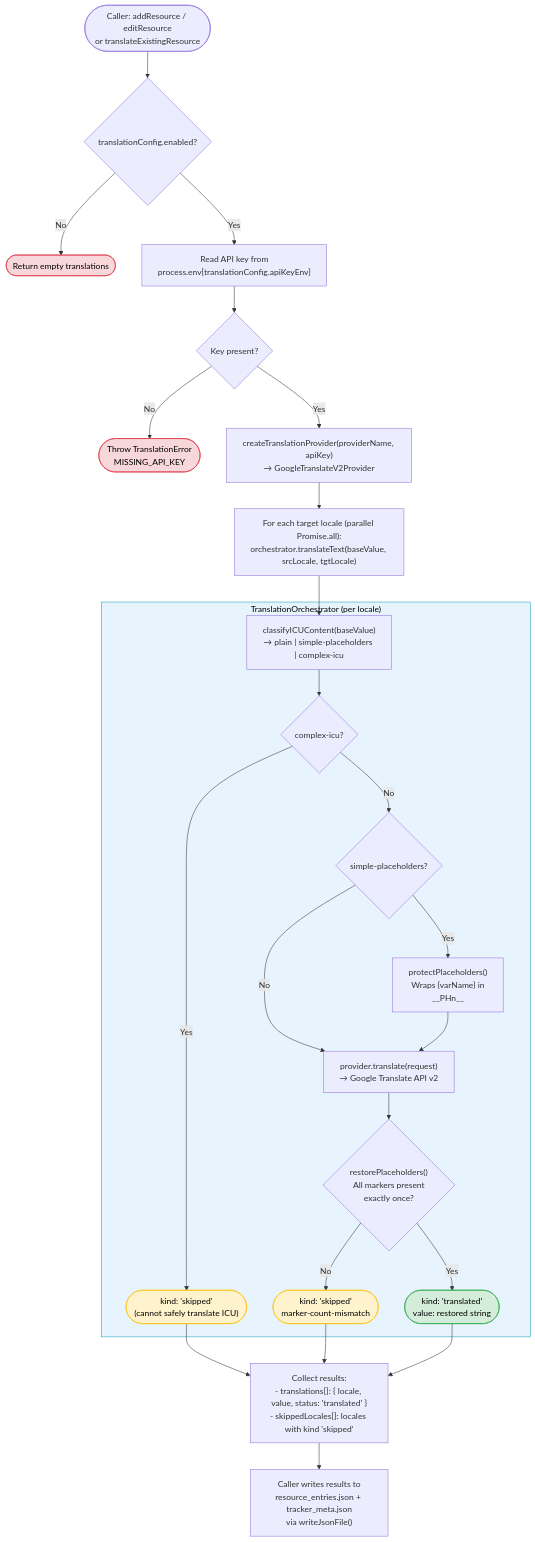
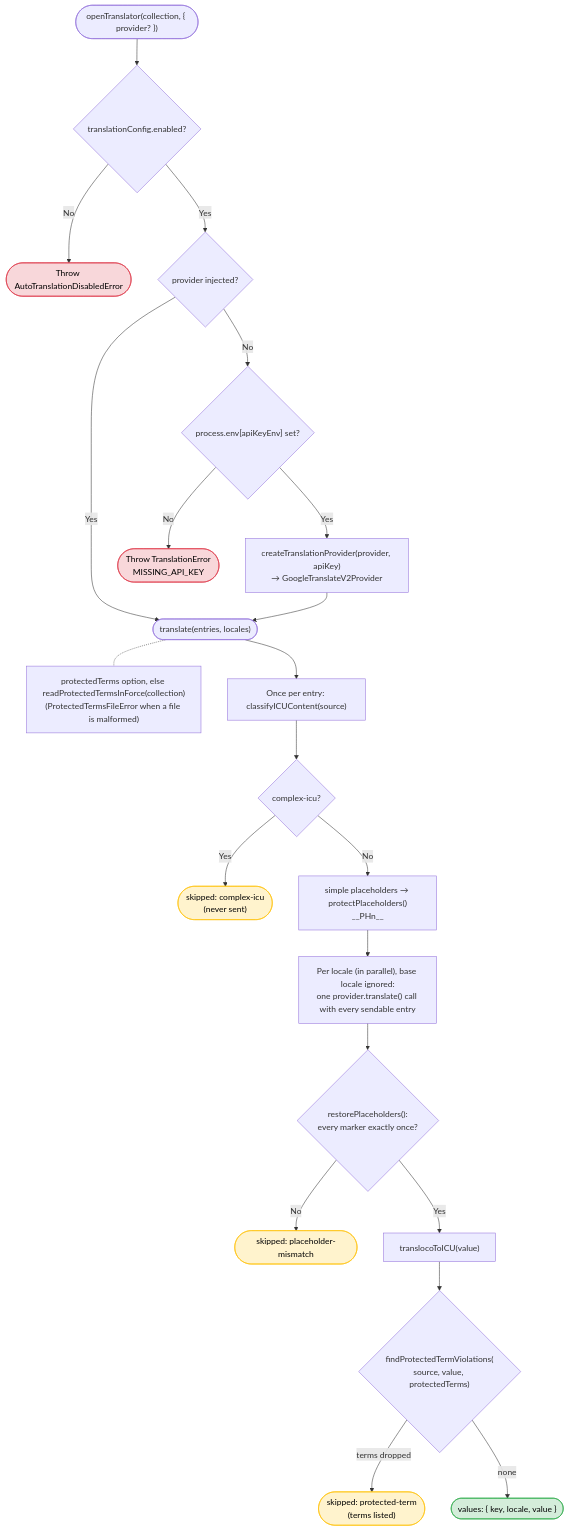
One commit to SimonNodel-AI/lingo-tracker changed the second of 2 diagrams in architecture-docs/core-library.md. Above: the diagram before and after it, drawn with Mermaid. The commit also changed other lines of this file and 54 other files, not shown here.

````diff
--- a/architecture-docs/core-library.md
+++ b/architecture-docs/core-library.md
@@ -465,57 +476,34 @@
 ```mermaid
 flowchart TD
-    START([Caller: addResource / editResource\nor translateExistingResource]) --> CHECK_ENABLED
+    OPEN(["openTranslator(collection, { provider? })"]) --> ENABLED{"translationConfig.enabled?"}
+    ENABLED -- No --> DISABLED([Throw AutoTranslationDisabledError])
+    ENABLED -- Yes --> INJECTED{"provider injected?"}
+    READY -.- TERMSREAD["protectedTerms option, else readProtectedTermsInForce(collection)\n(ProtectedTermsFileError when a file is malformed)"]
+    INJECTED -- Yes --> READY
+    INJECTED -- No --> KEY{"process.env[apiKeyEnv] set?"}
+    KEY -- No --> THROW_KEY([Throw TranslationError\nMISSING_API_KEY])
+    KEY -- Yes --> FACTORY["createTranslationProvider(provider, apiKey)\n→ GoogleTranslateV2Provider"]
+    FACTORY --> READY
 
-    CHECK_ENABLED{"translationConfig.enabled?"}
-    CHECK_ENABLED -- No --> SKIP_ALL([Return empty translations])
-    CHECK_ENABLED -- Yes --> READ_API_KEY
+    READY(["translate(entries, locales)"]) --> CLASSIFY
 
-    READ_API_KEY["Read API key from\nprocess.env[translationConfig.apiKeyEnv]"]
-    READ_API_KEY --> KEY_MISSING{"Key present?"}
-    KEY_MISSING -- No --> THROW_KEY([Throw TranslationError\nMISSING_API_KEY])
-    KEY_MISSING -- Yes --> CREATE_PROVIDER
+    CLASSIFY["Once per entry: classifyICUContent(source)"]
+    CLASSIFY --> IS_COMPLEX{"complex-icu?"}
+    IS_COMPLEX -- Yes --> SKIP_ICU(["skipped: complex-icu\n(never sent)"])
+    IS_COMPLEX -- No --> PROTECT["simple placeholders → protectPlaceholders()\n<span class='notranslate'>__PHn__</span>"]
 
-    CREATE_PROVIDER["createTranslationProvider(providerName, apiKey)\n→ GoogleTranslateV2Provider"]
+    PROTECT --> CALL["Per locale (in parallel), base locale ignored:\none provider.translate() call with every sendable entry"]
+    CALL --> RESTORE{"restorePlaceholders():\nevery marker exactly once?"}
+    RESTORE -- No --> SKIP_PH(["skipped: placeholder-mismatch"])
+    RESTORE -- Yes --> NORMALISE["translocoToICU(value)"]
+    NORMALISE --> TERMS{"findProtectedTermViolations(\nsource, value, protectedTerms)"}
+    TERMS -- "terms dropped" --> SKIP_TERM(["skipped: protected-term\n(terms listed)"])
+    TERMS -- none --> VALUE(["values: { key, locale, value }"])
 
-    CREATE_PROVIDER --> FOR_EACH_LOCALE
-
-    FOR_EACH_LOCALE["For each target locale (parallel Promise.all):\norchestrator.translateText(baseValue, srcLocale, tgtLocale)"]
-
-    FOR_EACH_LOCALE --> CLASSIFY
-
-    subgraph orchestrator["TranslationOrchestrator (per locale)"]
-        CLASSIFY["classifyICUContent(baseValue)\n→ plain | simple-placeholders | complex-icu"]
-
-        CLASSIFY --> IS_COMPLEX{"complex-icu?"}
-        IS_COMPLEX -- Yes --> SKIP_LOCALE(["kind: 'skipped'\n(cannot safely translate ICU)"])
-        IS_COMPLEX -- No --> HAS_PLACEHOLDERS
-
-        HAS_PLACEHOLDERS{"simple-placeholders?"}
-        HAS_PLACEHOLDERS -- Yes --> PROTECT["protectPlaceholders()\nWraps {varName} in\n<span class='notranslate'>__PHn__</span>"]
-        HAS_PLACEHOLDERS -- No --> CALL_PROVIDER
-
-        PROTECT --> CALL_PROVIDER
-
-        CALL_PROVIDER["provider.translate(request)\n→ Google Translate API v2"]
-        CALL_PROVIDER --> RESTORE
-
-        RESTORE{"restorePlaceholders()\nAll markers present\nexactly once?"}
-        RESTORE -- Yes --> TRANSLATED_VALUE(["kind: 'translated'\nvalue: restored string"])
-        RESTORE -- No --> SKIP_MISMATCH(["kind: 'skipped'\nmarker-count-mismatch"])
-    end
-
-    SKIP_LOCALE --> COLLECT
-    SKIP_MISMATCH --> COLLECT
-    TRANSLATED_VALUE --> COLLECT
-
-    COLLECT["Collect results:\n- translations[]: { locale, value, status: 'translated' }\n- skippedLocales[]: locales with kind 'skipped'"]
-
-    COLLECT --> CALLER_WRITES["Caller writes results to\nresource_entries.json + tracker_meta.json\nvia writeJsonFile()"]
-
-    style SKIP_ALL fill:#f8d7da,stroke:#dc3545,color:#000
+    style DISABLED fill:#f8d7da,stroke:#dc3545,color:#000
     style THROW_KEY fill:#f8d7da,stroke:#dc3545,color:#000
-    style SKIP_LOCALE fill:#fff3cd,stroke:#ffc107,color:#000
-    style SKIP_MISMATCH fill:#fff3cd,stroke:#ffc107,color:#000
-    style TRANSLATED_VALUE fill:#d4edda,stroke:#28a745,color:#000
-    style orchestrator fill:#e8f4fd,stroke:#17a2b8,color:#000
+    style SKIP_ICU fill:#fff3cd,stroke:#ffc107,color:#000
+    style SKIP_PH fill:#fff3cd,stroke:#ffc107,color:#000
+    style SKIP_TERM fill:#fff3cd,stroke:#ffc107,color:#000
+    style VALUE fill:#d4edda,stroke:#28a745,color:#000
 ```
````
